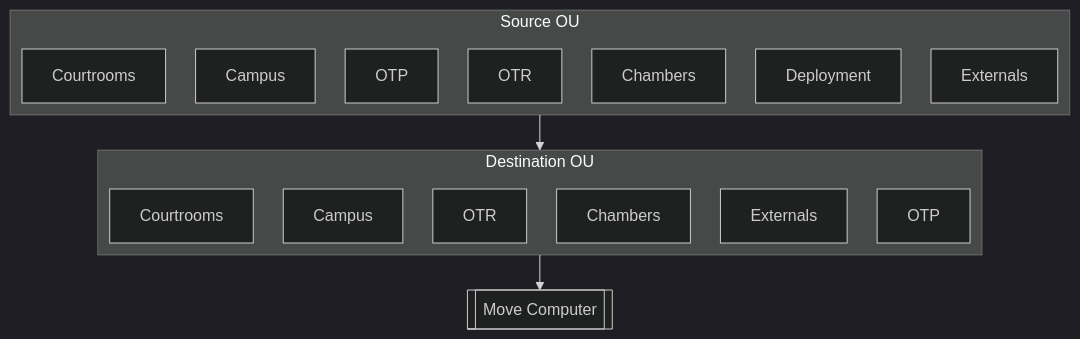
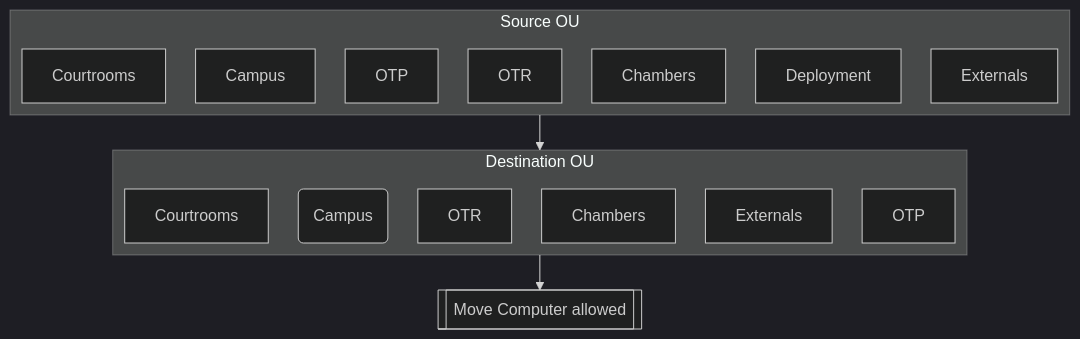
Before and after one commit to alexisalexopoulos/adaxes: the diagram in Flows/Computer-Move.md, drawn with Mermaid (dark theme). The commit also changed other lines of this file, not shown here.

Commit message:
Computer move small text update

````diff
--- a/Flows/Computer-Move.md
+++ b/Flows/Computer-Move.md
@@ -5,22 +5,22 @@
 ```mermaid
 flowchart-elk TB
 subgraph source[Source OU]
     cam[Campus]
     cha[Chambers]
     cou[Courtrooms]
     dep[Deployment]
     epn[Externals]
     otp[OTP]
     otr[OTR]
 end
 subgraph destination[Destination OU]
-    cam2[Campus]
+    cam2(Campus)
     cha2[Chambers]
     cou2[Courtrooms]
     epn2[Externals]
     otp2[OTP]
     otr2[OTR]
 end
 source --> destination
-destination --> move[[Move Computer]]
+destination --> move[[Move Computer allowed]]
 ```
````
